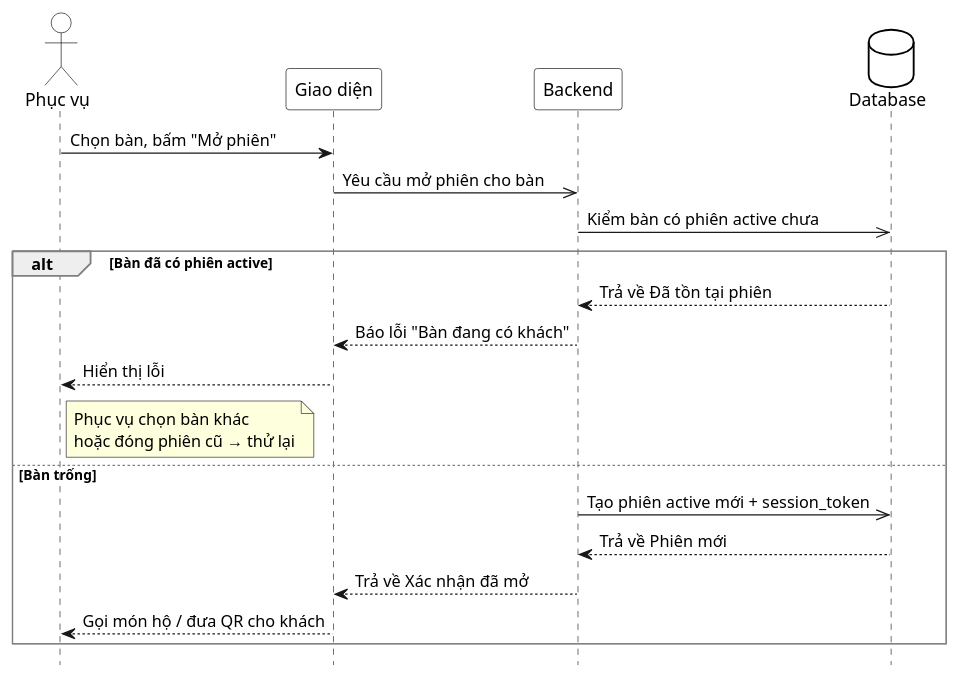
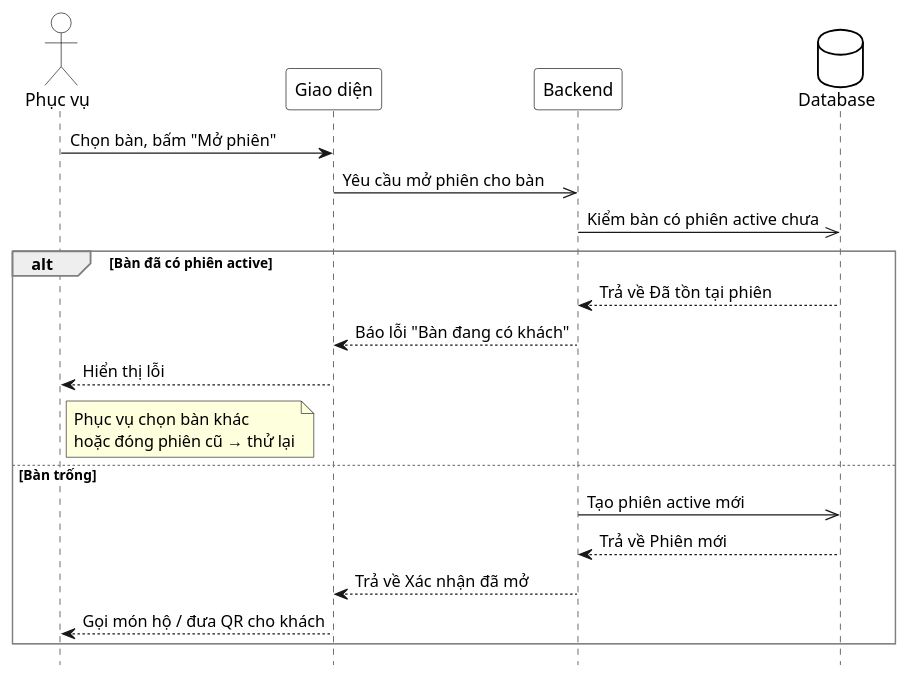
Before and after one commit to thanhhoa3514/restaurant-management: the first of 2 diagrams in docs/use-cases/uc-phuc-vu-09-mo-phien-walk-in.md, drawn with PlantUML. The commit also changed other lines of this file and 67 other files, not shown here.

````diff
--- a/docs/use-cases/uc-phuc-vu-09-mo-phien-walk-in.md
+++ b/docs/use-cases/uc-phuc-vu-09-mo-phien-walk-in.md
@@ -58,39 +58,39 @@
 ```plantuml
 @startuml
 hide footbox
 skinparam participant {
  BackgroundColor White
  BorderColor Black
 }
 skinparam actor {
  BackgroundColor White
  BorderColor Black
 }
 skinparam database {
  BackgroundColor White
  BorderColor Black
 }
 skinparam sequenceGroupBorderThickness 1
 skinparam sequenceGroupBorderColor Gray
 actor "Phục vụ" as A
 participant "Giao diện" as UI
 participant "Backend" as BE
 database "Database" as DB
 
 A -> UI : Chọn bàn, bấm "Mở phiên"
 UI ->> BE : Yêu cầu mở phiên cho bàn
 BE ->> DB : Kiểm bàn có phiên active chưa
 
 alt Bàn đã có phiên active
  DB --> BE : Trả về Đã tồn tại phiên
  BE --> UI : Báo lỗi "Bàn đang có khách"
  UI --> A : Hiển thị lỗi
  note right of A : Phục vụ chọn bàn khác\nhoặc đóng phiên cũ → thử lại
 else Bàn trống
- BE ->> DB : Tạo phiên active mới + session_token
+ BE ->> DB : Tạo phiên active mới
  DB --> BE : Trả về Phiên mới
  BE --> UI : Trả về Xác nhận đã mở
  UI --> A : Gọi món hộ / đưa QR cho khách
 end
 @enduml
 ```
````
